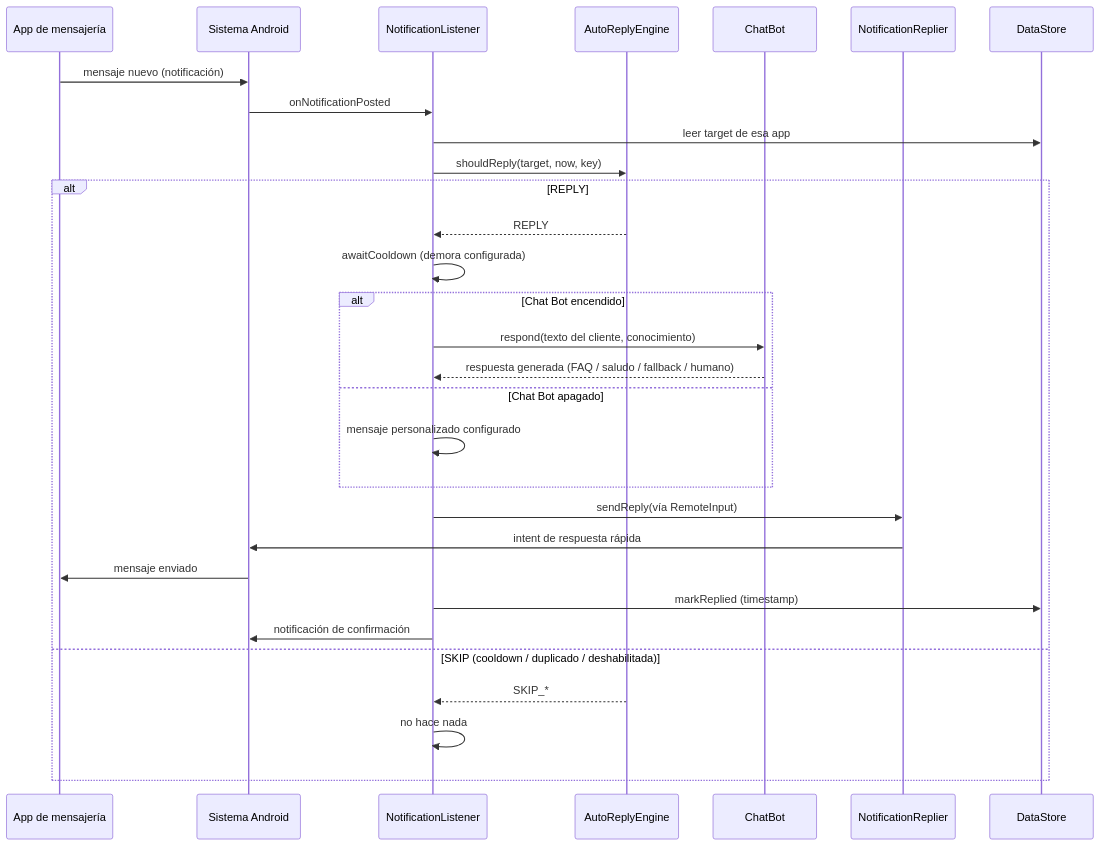
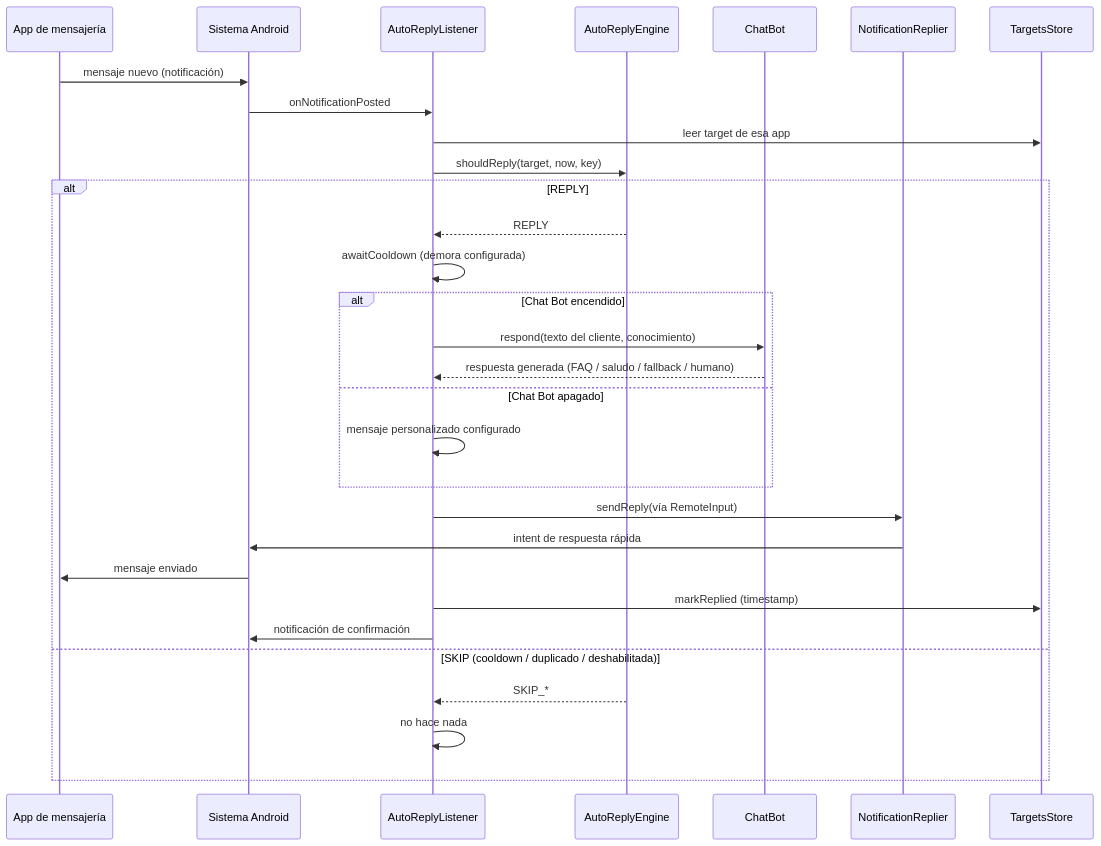
One commit to Datecomp-Devs/DCA changed the diagram in DIAGRAM.md. Above: the diagram before and after it, drawn with Mermaid. The commit also changed other lines of this file and 62 other files, not shown here.

````diff
--- a/DIAGRAM.md
+++ b/DIAGRAM.md
@@ -59,33 +23,33 @@
 ```mermaid
 sequenceDiagram
     participant App as App de mensajería
     participant OS as Sistema Android
-    participant L as NotificationListener
+    participant L as AutoReplyListener
     participant E as AutoReplyEngine
     participant B as ChatBot
     participant R as NotificationReplier
-    participant D as DataStore
+    participant D as TargetsStore
 
     App->>OS: mensaje nuevo (notificación)
     OS->>L: onNotificationPosted
     L->>D: leer target de esa app
     L->>E: shouldReply(target, now, key)
     alt REPLY
         E-->>L: REPLY
         L->>L: awaitCooldown (demora configurada)
         alt Chat Bot encendido
             L->>B: respond(texto del cliente, conocimiento)
             B-->>L: respuesta generada (FAQ / saludo / fallback / humano)
         else Chat Bot apagado
             L->>L: mensaje personalizado configurado
         end
         L->>R: sendReply(vía RemoteInput)
         R->>OS: intent de respuesta rápida
         OS->>App: mensaje enviado
         L->>D: markReplied (timestamp)
         L->>OS: notificación de confirmación
     else SKIP (cooldown / duplicado / deshabilitada)
         E-->>L: SKIP_*
         L->>L: no hace nada
     end
 ```
````
